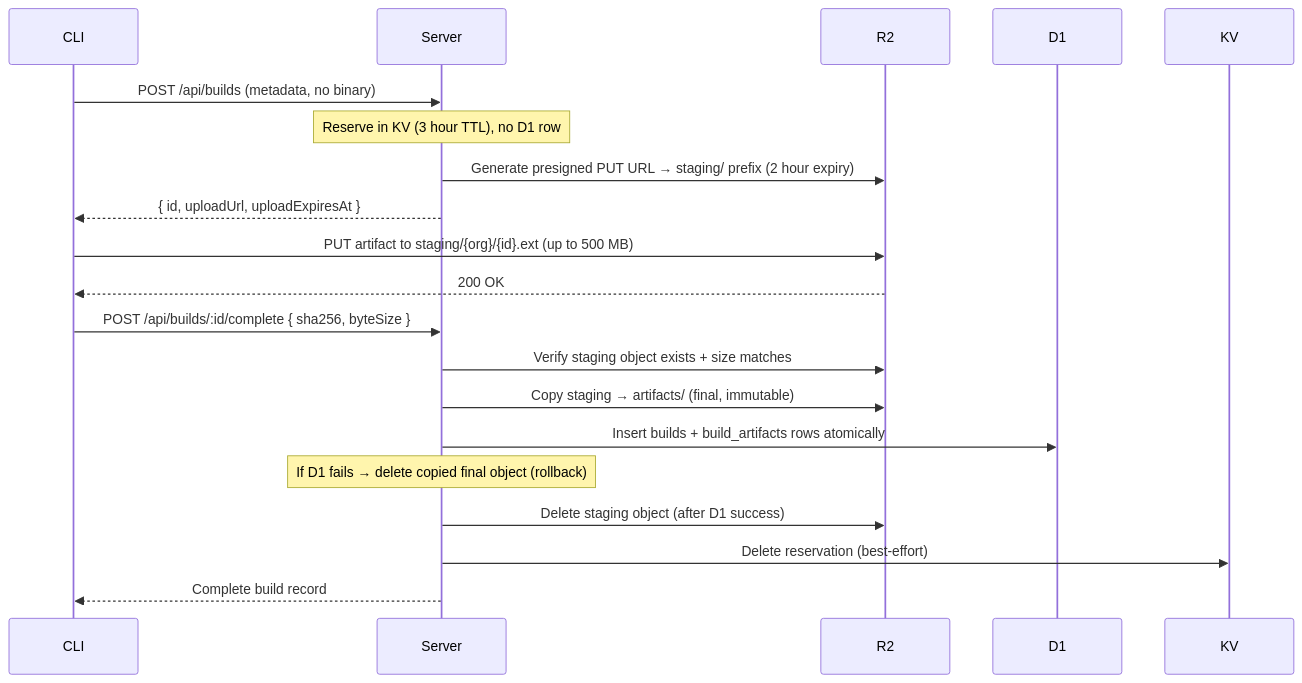
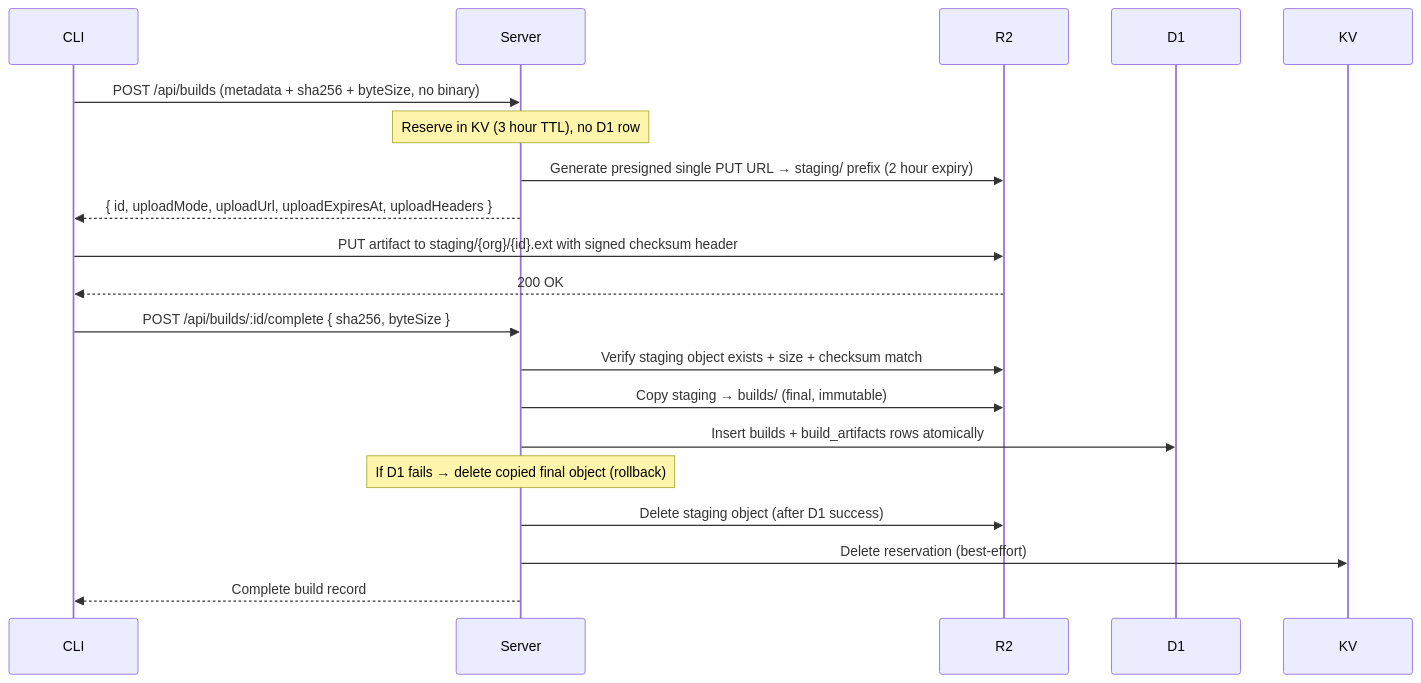
The diagram in docs/specs/build/06-artifact-management.md (aislopware/better-update), drawn with Mermaid before and after one commit. The commit also changed other lines of this file and 37 other files, not shown here.

Commit message:
feat(repo): switch uploads to direct r2 flow

````diff
--- a/docs/specs/build/06-artifact-management.md
+++ b/docs/specs/build/06-artifact-management.md
@@ -83,17 +84,17 @@
 ```mermaid
 sequenceDiagram
-    CLI->>Server: POST /api/builds (metadata, no binary)
+    CLI->>Server: POST /api/builds (metadata + sha256 + byteSize, no binary)
     Note over Server: Reserve in KV (3 hour TTL), no D1 row
-    Server->>R2: Generate presigned PUT URL → staging/ prefix (2 hour expiry)
-    Server-->>CLI: { id, uploadUrl, uploadExpiresAt }
-    CLI->>R2: PUT artifact to staging/{org}/{id}.ext (up to 500 MB)
+    Server->>R2: Generate presigned single PUT URL → staging/ prefix (2 hour expiry)
+    Server-->>CLI: { id, uploadMode, uploadUrl, uploadExpiresAt, uploadHeaders }
+    CLI->>R2: PUT artifact to staging/{org}/{id}.ext with signed checksum header
     R2-->>CLI: 200 OK
     CLI->>Server: POST /api/builds/:id/complete { sha256, byteSize }
-    Server->>R2: Verify staging object exists + size matches
-    Server->>R2: Copy staging → artifacts/ (final, immutable)
+    Server->>R2: Verify staging object exists + size + checksum match
+    Server->>R2: Copy staging → builds/ (final, immutable)
     Server->>D1: Insert builds + build_artifacts rows atomically
     Note over Server: If D1 fails → delete copied final object (rollback)
     Server->>R2: Delete staging object (after D1 success)
     Server->>KV: Delete reservation (best-effort)
     Server-->>CLI: Complete build record
 ```
````
